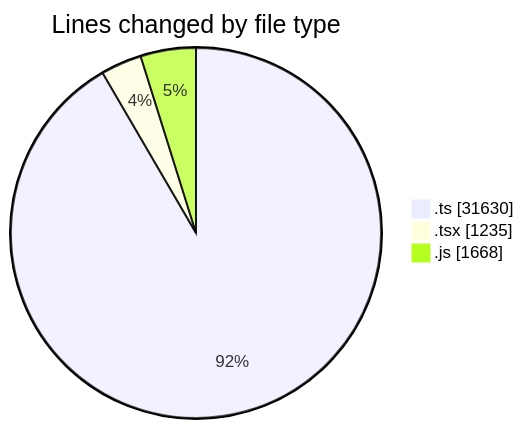
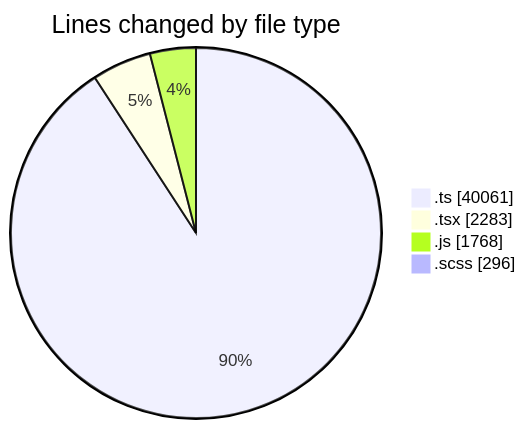
One commit to momahboobian/code-tracking changed the first of 2 diagrams in 2025-06-23/cda/README.md. Above: the diagram before and after it, drawn with Mermaid. The commit also changed other lines of this file and 1 other file, not shown here.

````diff
--- a/2025-06-23/cda/README.md
+++ b/2025-06-23/cda/README.md
@@ -32,7 +38,8 @@
 ```mermaid
 pie showData
 title Lines changed by file type
-".ts" : 31630
-".tsx" : 1235
-".js" : 1668
+".ts" : 40061
+".tsx" : 2283
+".js" : 1768
+".scss" : 296
 ```
````
